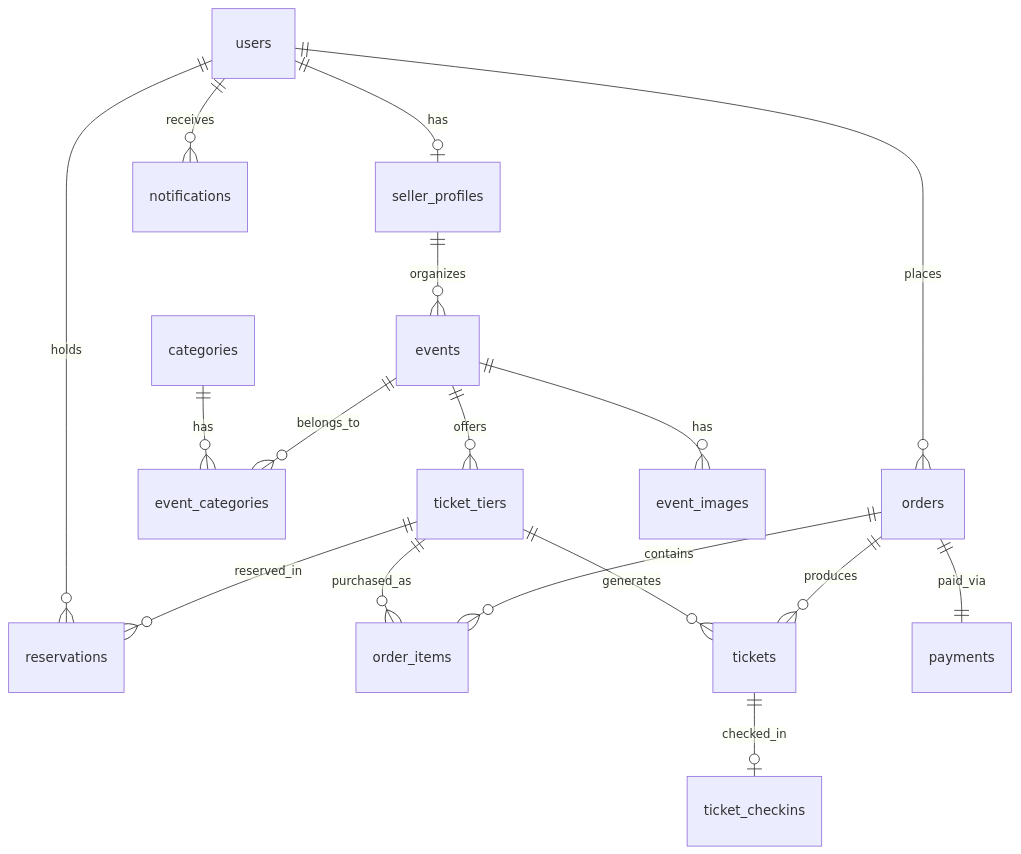
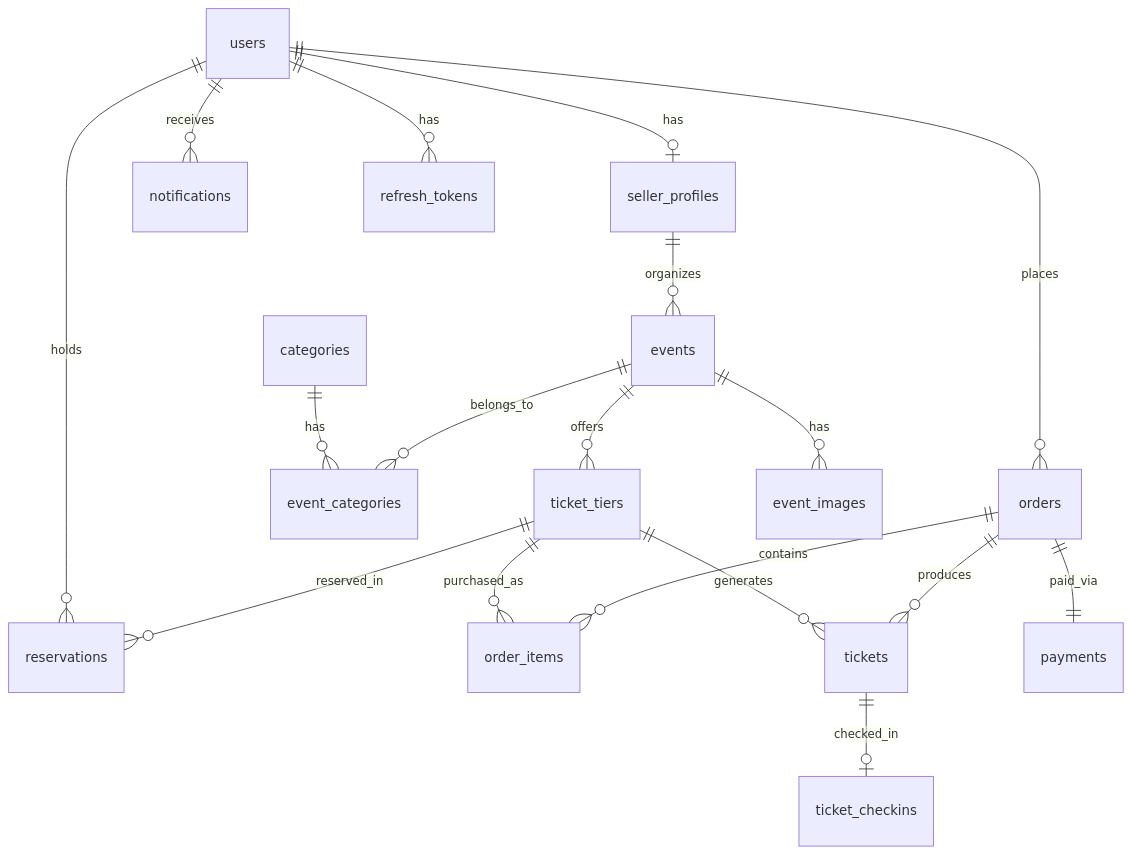
Before and after one commit to oppytut/jeevatix: the first of 2 diagrams in DATABASE_DESIGN.md, drawn with Mermaid. The commit also changed other lines of this file and 2 other files, not shown here.

Commit message:
Update database design documentation: add refresh_tokens table and update enum definitions for event and reservation statuses

````diff
--- a/DATABASE_DESIGN.md
+++ b/DATABASE_DESIGN.md
@@ -9,24 +9,25 @@
 ```mermaid
 erDiagram
     users ||--o{ orders : places
     users ||--o| seller_profiles : has
     users ||--o{ reservations : holds
     users ||--o{ notifications : receives
+    users ||--o{ refresh_tokens : has
 
     seller_profiles ||--o{ events : organizes
 
     categories ||--o{ event_categories : has
     events ||--o{ event_categories : belongs_to
     events ||--o{ ticket_tiers : offers
     events ||--o{ event_images : has
 
     ticket_tiers ||--o{ order_items : purchased_as
     ticket_tiers ||--o{ reservations : reserved_in
     ticket_tiers ||--o{ tickets : generates
 
     orders ||--o{ order_items : contains
     orders ||--|| payments : paid_via
     orders ||--o{ tickets : produces
 
     tickets ||--o| ticket_checkins : checked_in
 ```
````
